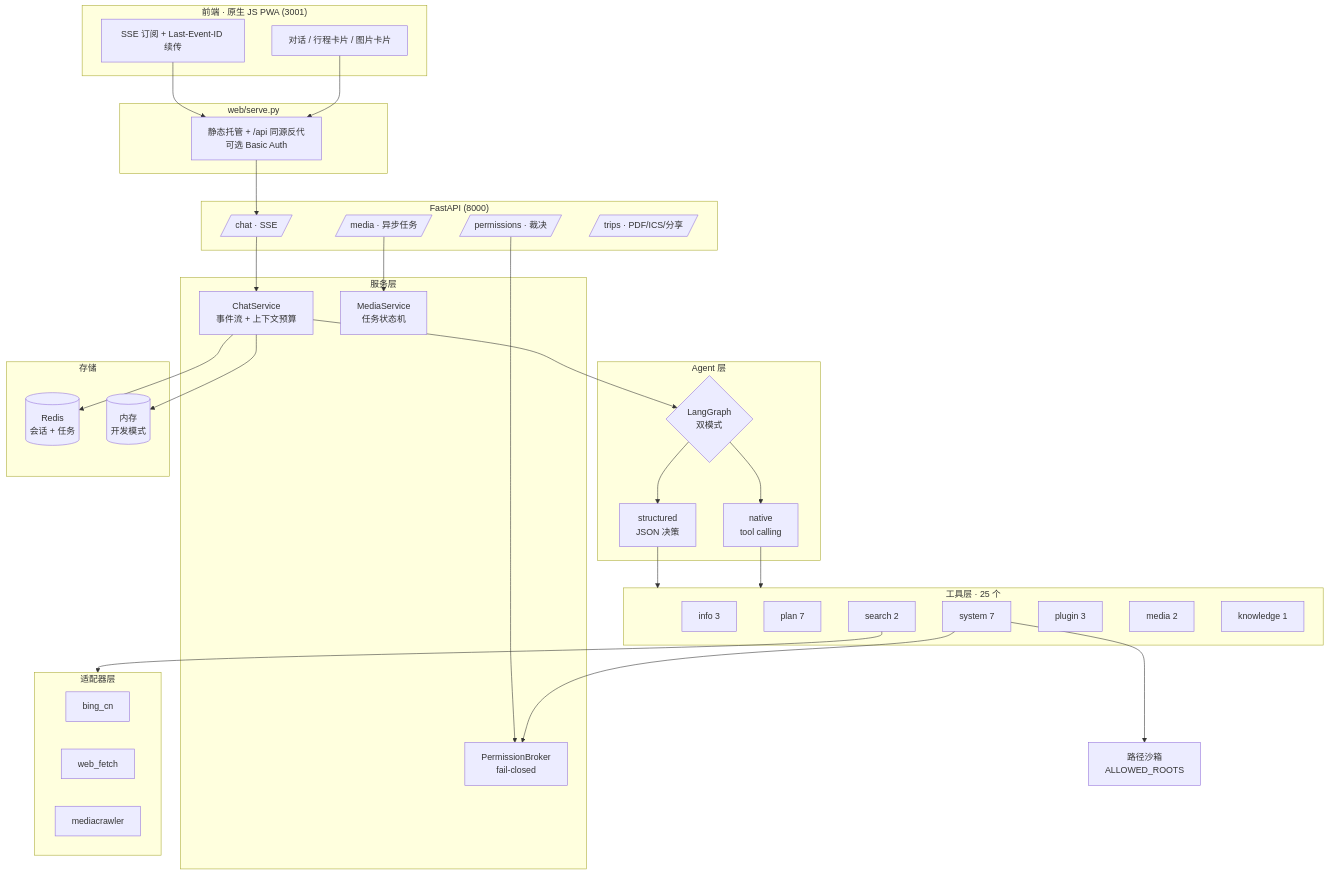
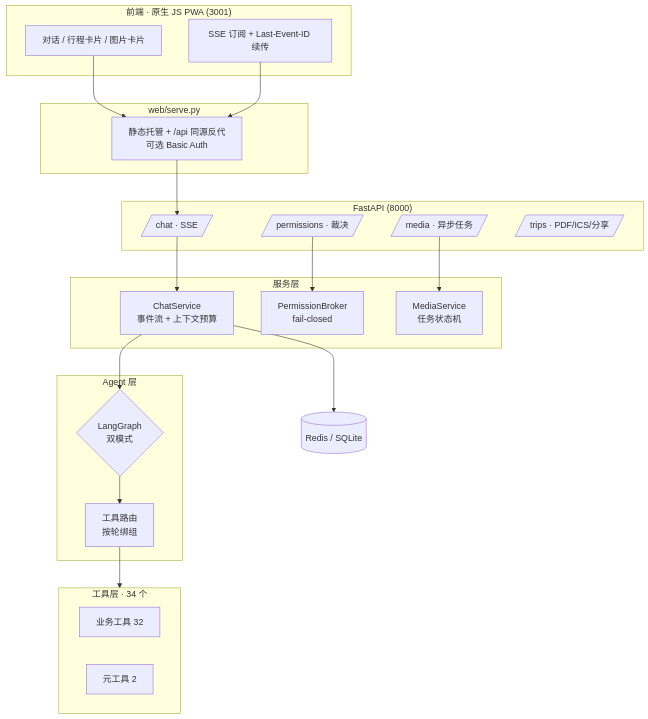
Before and after one commit to tongyuan34-ops/ocean-travel-agent: the diagram in README.md, drawn with Mermaid. The commit also changed other lines of this file and 137 other files, not shown here.

````diff
--- a/README.md
+++ b/README.md
@@ -134,67 +115,37 @@
 ```mermaid
 flowchart TB
     subgraph client["前端 · 原生 JS PWA (3001)"]
         UI[对话 / 行程卡片 / 图片卡片]
         SSE[SSE 订阅 + Last-Event-ID 续传]
     end
-
     subgraph proxy["web/serve.py"]
         PX[静态托管 + /api 同源反代<br/>可选 Basic Auth]
     end
-
     subgraph api["FastAPI (8000)"]
         R1[/chat · SSE/]
         R2[/media · 异步任务/]
         R3[/permissions · 裁决/]
         R4[/trips · PDF/ICS/分享/]
     end
-
     subgraph core["服务层"]
         CS[ChatService<br/>事件流 + 上下文预算]
         PB[PermissionBroker<br/>fail-closed]
         MS[MediaService<br/>任务状态机]
     end
-
     subgraph agent["Agent 层"]
         G{LangGraph<br/>双模式}
-        N[native<br/>tool calling]
-        S[structured<br/>JSON 决策]
+        RT[工具路由<br/>按轮绑组]
     end
-
-    subgraph tools["工具层 · 25 个"]
-        T1[info 3]
-        T2[plan 7]
-        T3[system 7]
-        T4[search 2]
-        T5[plugin 3]
-        T6[media 2]
-        T7[knowledge 1]
+    subgraph tools["工具层 · 34 个"]
+        T1[业务工具 32]
+        T2[元工具 2]
     end
-
-    subgraph adapters["适配器层"]
-        A1[bing_cn]
-        A2[web_fetch]
-        A3[mediacrawler]
-    end
-
-    subgraph store["存储"]
-        RD[(Redis<br/>会话 + 任务)]
-        MEM[(内存<br/>开发模式)]
-    end
-
     UI --> PX --> R1
     SSE --> PX
     R1 --> CS
     CS --> G
-    G --> N
-    G --> S
-    N --> tools
-    S --> tools
-    T4 --> adapters
-    T3 --> SEC[路径沙箱<br/>ALLOWED_ROOTS]
-    T3 --> PB
+    G --> RT --> tools
     R3 --> PB
-    CS --> RD
-    CS --> MEM
+    CS --> RD[(Redis / SQLite)]
     R2 --> MS
 ```
````
